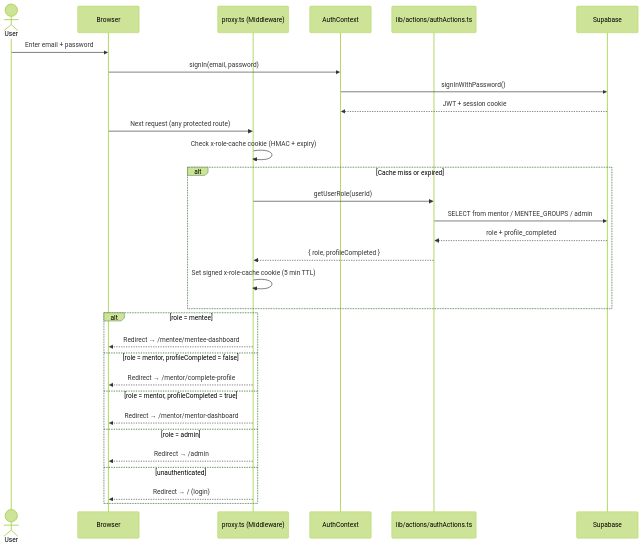
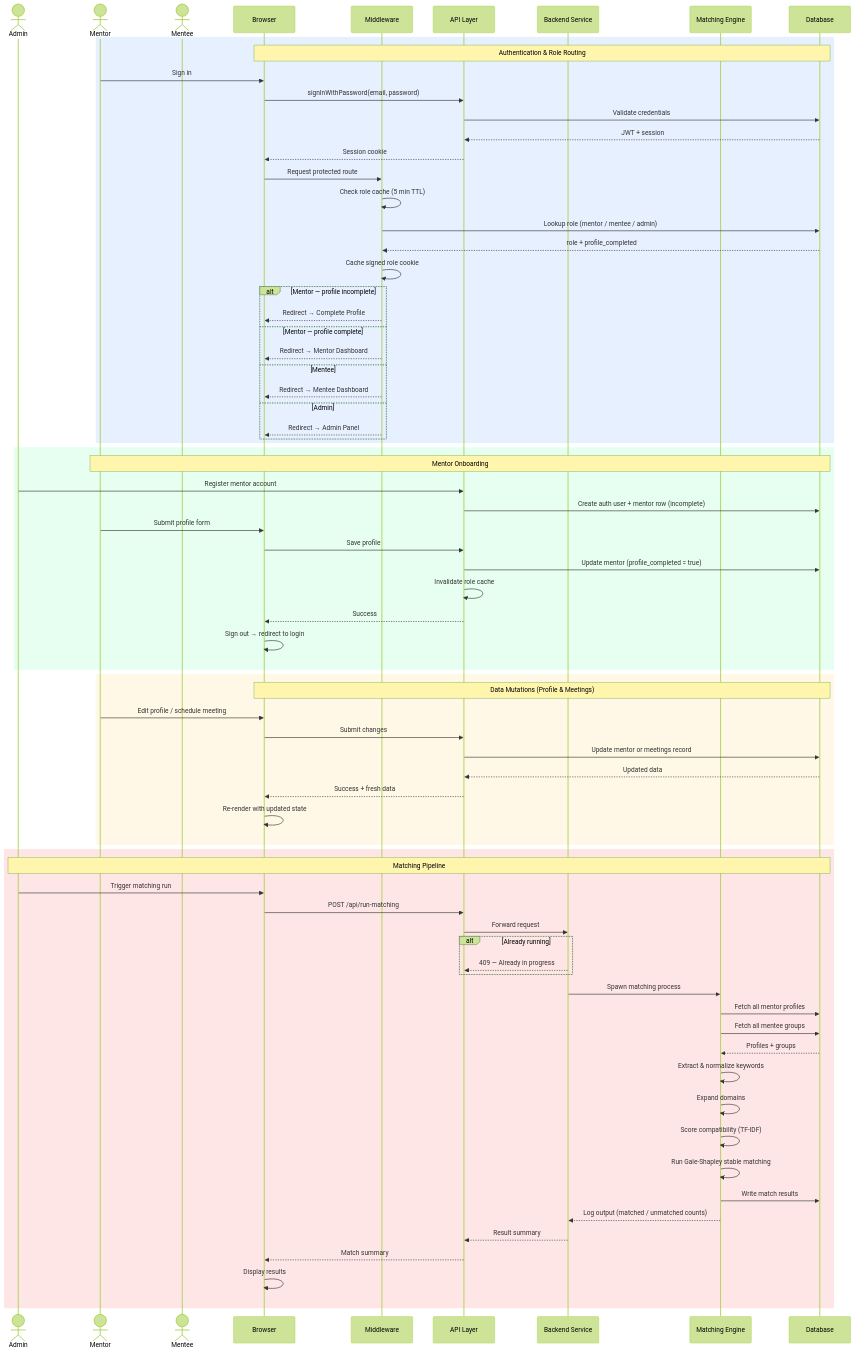
The diagram in CLAUDE.md (ieqisg/fortis-nexus), drawn with Mermaid (forest theme) before and after one commit. The commit also changed other lines of this file, not shown here.

````diff
--- a/CLAUDE.md
+++ b/CLAUDE.md
@@ -41,36 +39,87 @@
 ```mermaid
 sequenceDiagram
-    actor User
+    actor Admin
+    actor Mentor
+    actor Mentee
     participant Browser
-    participant Middleware as proxy.ts (Middleware)
-    participant AuthCtx as AuthContext
-    participant Action as lib/actions/authActions.ts
-    participant Supabase
+    participant Middleware
+    participant API Layer
+    participant Backend Service
+    participant Matching Engine
+    participant Database
 
-    User->>Browser: Enter email + password
-    Browser->>AuthCtx: signIn(email, password)
-    AuthCtx->>Supabase: signInWithPassword()
-    Supabase-->>AuthCtx: JWT + session cookie
+    rect rgb(230, 240, 255)
+        Note over Browser, Database: Authentication & Role Routing
+        Mentor->>Browser: Sign in
+        Browser->>API Layer: signInWithPassword(email, password)
+        API Layer->>Database: Validate credentials
+        Database-->>API Layer: JWT + session
+        API Layer-->>Browser: Session cookie
 
-    Browser->>Middleware: Next request (any protected route)
-    Middleware->>Middleware: Check x-role-cache cookie (HMAC + expiry)
-    alt Cache miss or expired
-        Middleware->>Action: getUserRole(userId)
-        Action->>Supabase: SELECT from mentor / MENTEE_GROUPS / admin
-        Supabase-->>Action: role + profile_completed
-        Action-->>Middleware: { role, profileCompleted }
-        Middleware->>Middleware: Set signed x-role-cache cookie (5 min TTL)
+        Browser->>Middleware: Request protected route
+        Middleware->>Middleware: Check role cache (5 min TTL)
+        Middleware->>Database: Lookup role (mentor / mentee / admin)
+        Database-->>Middleware: role + profile_completed
+        Middleware->>Middleware: Cache signed role cookie
+
+        alt Mentor — profile incomplete
+            Middleware-->>Browser: Redirect → Complete Profile
+        else Mentor — profile complete
+            Middleware-->>Browser: Redirect → Mentor Dashboard
+        else Mentee
+            Middleware-->>Browser: Redirect → Mentee Dashboard
+        else Admin
+            Middleware-->>Browser: Redirect → Admin Panel
+        end
     end
 
-    alt role = mentee
-        Middleware-->>Browser: Redirect → /mentee/mentee-dashboard
-    else role = mentor, profileCompleted = false
-        Middleware-->>Browser: Redirect → /mentor/complete-profile
-    else role = mentor, profileCompleted = true
-        Middleware-->>Browser: Redirect → /mentor/mentor-dashboard
-    else role = admin
-        Middleware-->>Browser: Redirect → /admin
-    else unauthenticated
-        Middleware-->>Browser: Redirect → / (login)
+    rect rgb(230, 255, 240)
+        Note over Mentor, Database: Mentor Onboarding
+        Admin->>API Layer: Register mentor account
+        API Layer->>Database: Create auth user + mentor row (incomplete)
+
+        Mentor->>Browser: Submit profile form
+        Browser->>API Layer: Save profile
+        API Layer->>Database: Update mentor (profile_completed = true)
+        API Layer->>API Layer: Invalidate role cache
+        API Layer-->>Browser: Success
+        Browser->>Browser: Sign out → redirect to login
+    end
+
+    rect rgb(255, 248, 230)
+        Note over Browser, Database: Data Mutations (Profile & Meetings)
+        Mentor->>Browser: Edit profile / schedule meeting
+        Browser->>API Layer: Submit changes
+        API Layer->>Database: Update mentor or meetings record
+        Database-->>API Layer: Updated data
+        API Layer-->>Browser: Success + fresh data
+        Browser->>Browser: Re-render with updated state
+    end
+
+    rect rgb(255, 230, 230)
+        Note over Admin, Database: Matching Pipeline
+        Admin->>Browser: Trigger matching run
+        Browser->>API Layer: POST /api/run-matching
+        API Layer->>Backend Service: Forward request
+
+        alt Already running
+            Backend Service-->>API Layer: 409 — Already in progress
+        end
+
+        Backend Service->>Matching Engine: Spawn matching process
+        Matching Engine->>Database: Fetch all mentor profiles
+        Matching Engine->>Database: Fetch all mentee groups
+        Database-->>Matching Engine: Profiles + groups
+
+        Matching Engine->>Matching Engine: Extract & normalize keywords
+        Matching Engine->>Matching Engine: Expand domains
+        Matching Engine->>Matching Engine: Score compatibility (TF-IDF)
+        Matching Engine->>Matching Engine: Run Gale-Shapley stable matching
+
+        Matching Engine->>Database: Write match results
+        Matching Engine-->>Backend Service: Log output (matched / unmatched counts)
+        Backend Service-->>API Layer: Result summary
+        API Layer-->>Browser: Match summary
+        Browser->>Browser: Display results
     end
 ```
````
